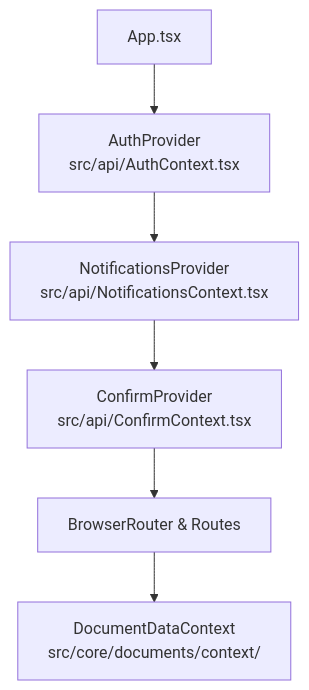
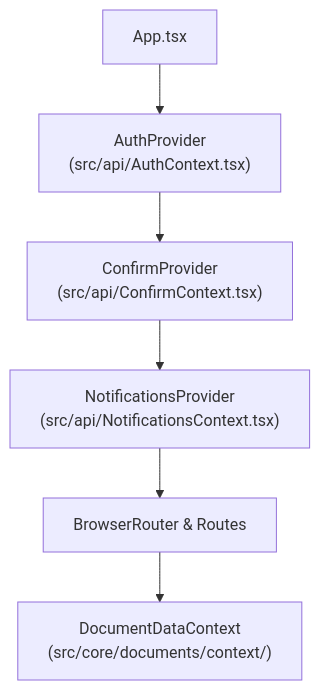
The diagram in docs/documentacion/05-frontend-web/07-servicios-hooks-y-estado-global.md (JorgeDoicela/dosier), drawn with Mermaid before and after one commit. The commit also changed other lines of this file and 35 other files, not shown here.

````diff
--- a/docs/documentacion/05-frontend-web/07-servicios-hooks-y-estado-global.md
+++ b/docs/documentacion/05-frontend-web/07-servicios-hooks-y-estado-global.md
@@ -209,8 +95,8 @@
 ```mermaid
-graph TD
-    App[App.tsx] --> AuthProvider[AuthProvider\nsrc/api/AuthContext.tsx]
-    AuthProvider --> NotifProvider[NotificationsProvider\nsrc/api/NotificationsContext.tsx]
-    NotifProvider --> ConfirmProvider[ConfirmProvider\nsrc/api/ConfirmContext.tsx]
-    ConfirmProvider --> Router[BrowserRouter & Routes]
-    Router --> DocContext[DocumentDataContext\nsrc/core/documents/context/]
+flowchart TD
+    App["App.tsx"] --> AuthProvider["AuthProvider\n(src/api/AuthContext.tsx)"]
+    AuthProvider --> ConfirmProvider["ConfirmProvider\n(src/api/ConfirmContext.tsx)"]
+    ConfirmProvider --> NotifProvider["NotificationsProvider\n(src/api/NotificationsContext.tsx)"]
+    NotifProvider --> Router["BrowserRouter & Routes"]
+    Router --> DocContext["DocumentDataContext\n(src/core/documents/context/)"]
 ```
````
